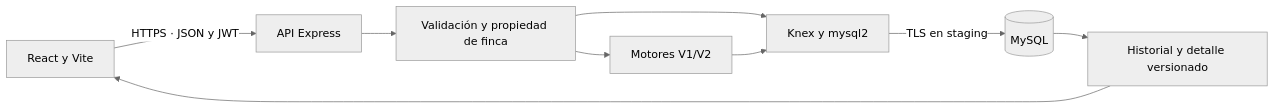
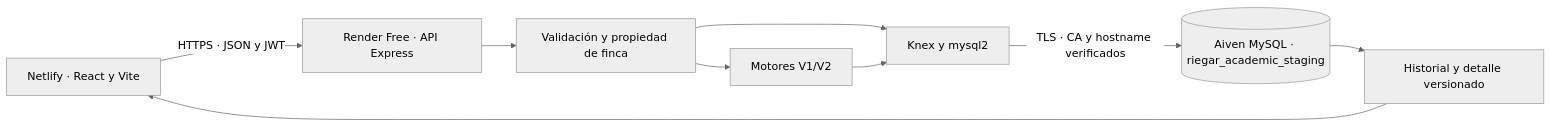
The first of 2 diagrams in docs/MVP-ACADEMICO-GUIA.md (LuchhoAguero/RiegAR-Calculadora-de-riego), drawn with Mermaid (neutral theme) before and after one commit. The commit also changed other lines of this file and 6 other files, not shown here.

````diff
--- a/docs/MVP-ACADEMICO-GUIA.md
+++ b/docs/MVP-ACADEMICO-GUIA.md
@@ -11,11 +11,11 @@
 ```mermaid
 flowchart LR
-    browser["React y Vite"] -->|"HTTPS · JSON y JWT"| api["API Express"]
+    browser["Netlify · React y Vite"] -->|"HTTPS · JSON y JWT"| api["Render Free · API Express"]
     api --> access["Validación y propiedad de finca"]
     access --> models["Motores V1/V2"]
     access --> store["Knex y mysql2"]
     models --> store
-    store -->|"TLS en staging"| mysql[("MySQL")]
+    store -->|"TLS · CA y hostname verificados"| mysql[("Aiven MySQL · riegar_academic_staging")]
     mysql --> history["Historial y detalle versionado"]
     history --> browser
 ```
````
